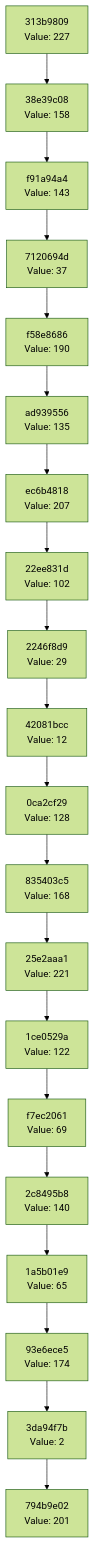
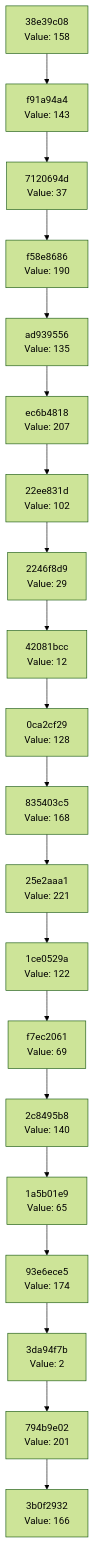
One commit to Abhisheksinha1506/hash-chain-evolver changed the diagram in docs/CHAIN_VISUALIZATION.md. Above: the diagram before and after it, drawn with Mermaid (forest theme). The commit also changed 3 other files, not shown here.

````diff
--- a/docs/CHAIN_VISUALIZATION.md
+++ b/docs/CHAIN_VISUALIZATION.md
@@ -3,42 +3,42 @@
 ```mermaid
 graph TD
-    C0["794b9e02<br/>Value: 201"]
-    C1["3da94f7b<br/>Value: 2"]
+    C0["3b0f2932<br/>Value: 166"]
+    C1["794b9e02<br/>Value: 201"]
     C1 --> C0
-    C2["93e6ece5<br/>Value: 174"]
+    C2["3da94f7b<br/>Value: 2"]
     C2 --> C1
-    C3["1a5b01e9<br/>Value: 65"]
+    C3["93e6ece5<br/>Value: 174"]
     C3 --> C2
-    C4["2c8495b8<br/>Value: 140"]
+    C4["1a5b01e9<br/>Value: 65"]
     C4 --> C3
-    C5["f7ec2061<br/>Value: 69"]
+    C5["2c8495b8<br/>Value: 140"]
     C5 --> C4
-    C6["1ce0529a<br/>Value: 122"]
+    C6["f7ec2061<br/>Value: 69"]
     C6 --> C5
-    C7["25e2aaa1<br/>Value: 221"]
+    C7["1ce0529a<br/>Value: 122"]
     C7 --> C6
-    C8["835403c5<br/>Value: 168"]
+    C8["25e2aaa1<br/>Value: 221"]
     C8 --> C7
-    C9["0ca2cf29<br/>Value: 128"]
+    C9["835403c5<br/>Value: 168"]
     C9 --> C8
-    C10["42081bcc<br/>Value: 12"]
+    C10["0ca2cf29<br/>Value: 128"]
     C10 --> C9
-    C11["2246f8d9<br/>Value: 29"]
+    C11["42081bcc<br/>Value: 12"]
     C11 --> C10
-    C12["22ee831d<br/>Value: 102"]
+    C12["2246f8d9<br/>Value: 29"]
     C12 --> C11
-    C13["ec6b4818<br/>Value: 207"]
+    C13["22ee831d<br/>Value: 102"]
     C13 --> C12
-    C14["ad939556<br/>Value: 135"]
+    C14["ec6b4818<br/>Value: 207"]
     C14 --> C13
-    C15["f58e8686<br/>Value: 190"]
+    C15["ad939556<br/>Value: 135"]
     C15 --> C14
-    C16["7120694d<br/>Value: 37"]
+    C16["f58e8686<br/>Value: 190"]
     C16 --> C15
-    C17["f91a94a4<br/>Value: 143"]
+    C17["7120694d<br/>Value: 37"]
     C17 --> C16
-    C18["38e39c08<br/>Value: 158"]
+    C18["f91a94a4<br/>Value: 143"]
     C18 --> C17
-    C19["313b9809<br/>Value: 227"]
+    C19["38e39c08<br/>Value: 158"]
     C19 --> C18
 ```
````
